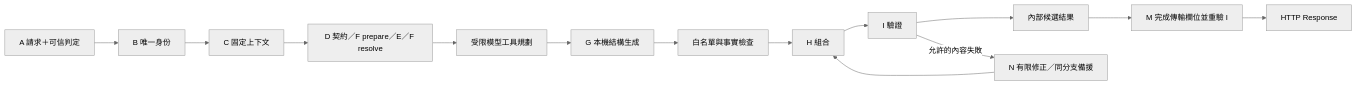
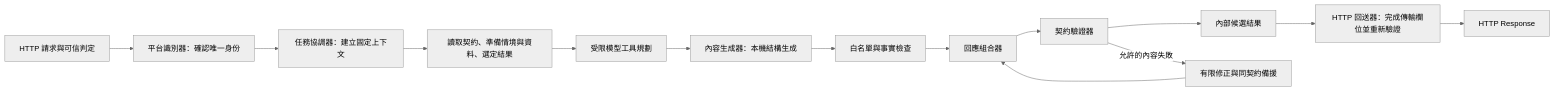
The diagram in docs/orchestration.md (IAN40070510/Mirage_API), drawn with Mermaid (neutral theme) before and after one commit. The commit also changed other lines of this file and 44 other files, not shown here.

````diff
--- a/docs/orchestration.md
+++ b/docs/orchestration.md
@@ -22,16 +22,16 @@
 ```mermaid
 flowchart LR
-    R["A 請求＋可信判定"] --> B["B 唯一身份"]
-    B --> C["C 固定上下文"]
-    C --> D["D 契約／F prepare／E／F resolve"]
-    D --> L["受限模型工具規劃"]
-    L --> G["G 本機結構生成"]
-    G --> V["白名單與事實檢查"]
-    V --> H["H 組合"]
-    H --> I["I 驗證"]
-    I --> K["內部候選結果"]
-    I -->|允許的內容失敗| N["N 有限修正／同分支備援"]
-    N --> H
-    K --> M["M 完成傳輸欄位並重驗 I"]
-    M --> O["HTTP Response"]
+    request["HTTP 請求與可信判定"] --> identify["平台識別器：確認唯一身份"]
+    identify --> orchestrate["任務協調器：建立固定上下文"]
+    orchestrate --> profile["讀取契約、準備情境與資料、選定結果"]
+    profile --> planning["受限模型工具規劃"]
+    planning --> generate["內容生成器：本機結構生成"]
+    generate --> constraints["白名單與事實檢查"]
+    constraints --> compose["回應組合器"]
+    compose --> validate["契約驗證器"]
+    validate --> candidate["內部候選結果"]
+    validate -->|允許的內容失敗| recover["有限修正與同契約備援"]
+    recover --> compose
+    candidate --> render["HTTP 回送器：完成傳輸欄位並重新驗證"]
+    render --> response["HTTP Response"]
 ```
````
